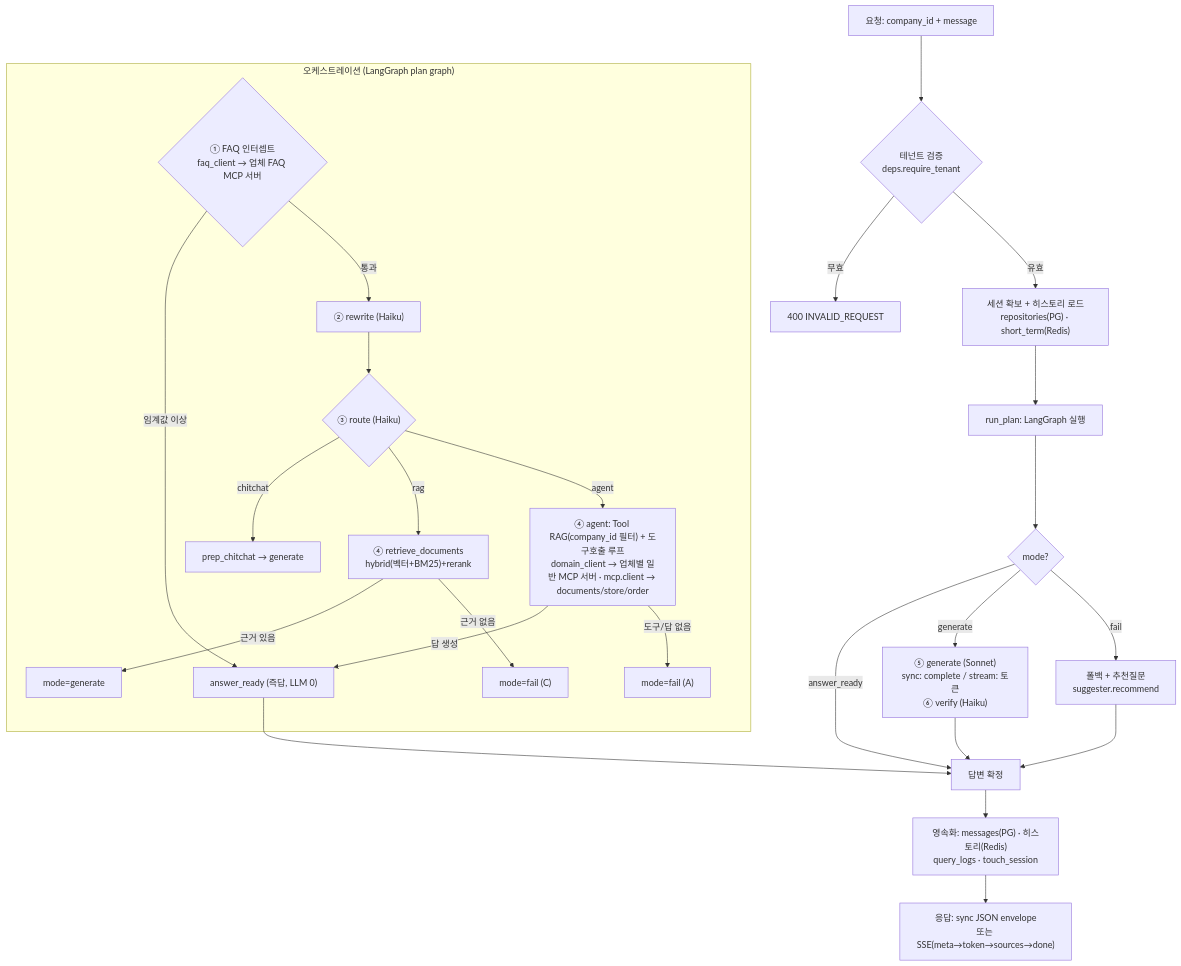
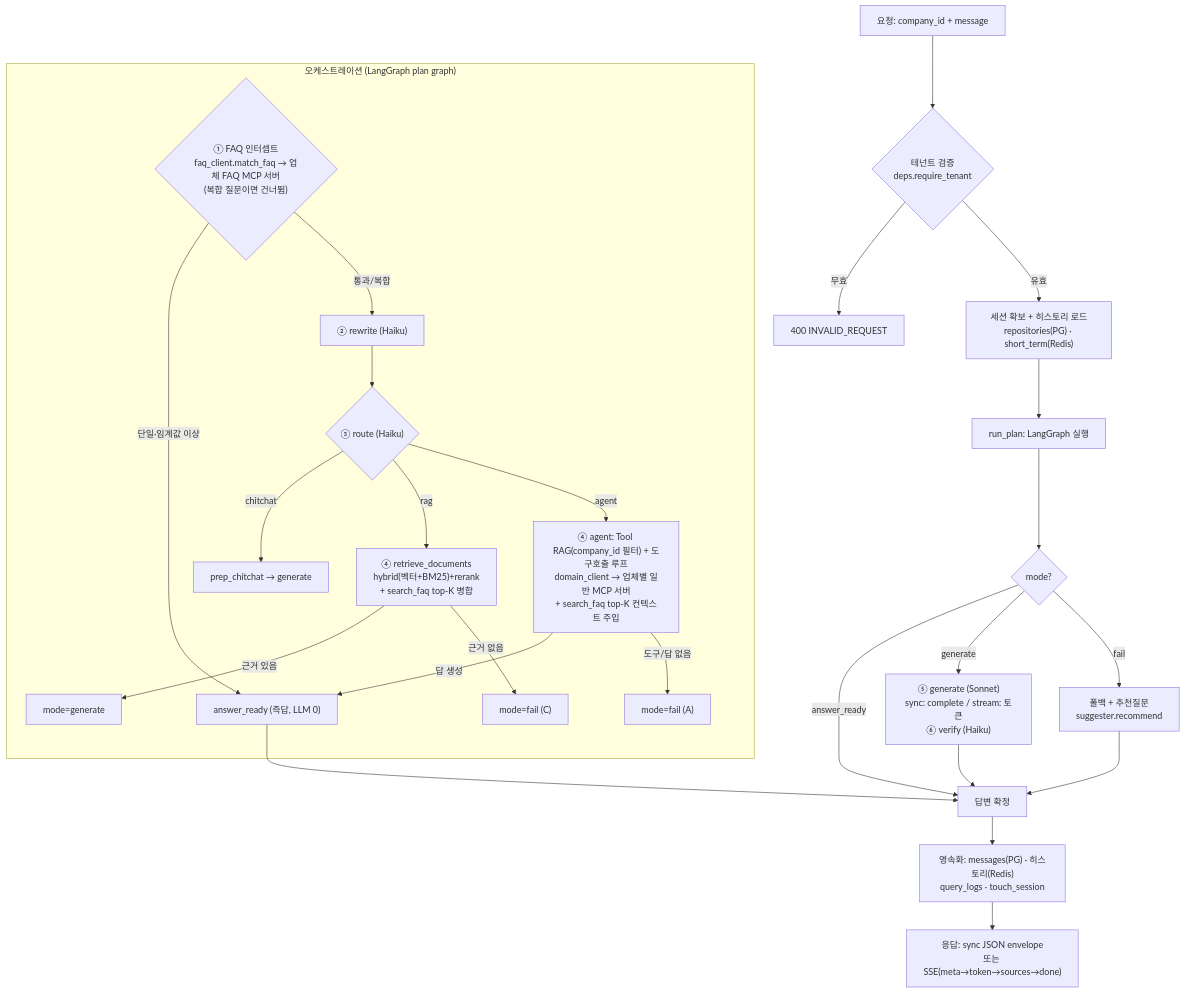
The second of 6 diagrams in docs/12_구현_아키텍처.md (jung011/chat-bot), drawn with Mermaid before and after one commit. The commit also changed other lines of this file and 5 other files, not shown here.

````diff
--- a/docs/12_구현_아키텍처.md
+++ b/docs/12_구현_아키텍처.md
@@ -70,31 +70,31 @@
 ```mermaid
 flowchart TD
   Q["요청: company_id + message"] --> V{"테넌트 검증<br/>deps.require_tenant"}
   V -- 무효 --> E400["400 INVALID_REQUEST"]
   V -- 유효 --> SESS["세션 확보 + 히스토리 로드<br/>repositories(PG) · short_term(Redis)"]
   SESS --> PLAN["run_plan: LangGraph 실행"]
 
   subgraph GRAPH["오케스트레이션 (LangGraph plan graph)"]
-    FAQ{"① FAQ 인터셉트<br/>faq_client → 업체 FAQ MCP 서버"}
-    FAQ -- "임계값 이상" --> READY["answer_ready (즉답, LLM 0)"]
-    FAQ -- "통과" --> RW["② rewrite (Haiku)"]
+    FAQ{"① FAQ 인터셉트<br/>faq_client.match_faq → 업체 FAQ MCP 서버<br/>(복합 질문이면 건너뜀)"}
+    FAQ -- "단일·임계값 이상" --> READY["answer_ready (즉답, LLM 0)"]
+    FAQ -- "통과/복합" --> RW["② rewrite (Haiku)"]
     RW --> RT{"③ route (Haiku)"}
     RT -- chitchat --> CH["prep_chitchat → generate"]
-    RT -- rag --> RAG["④ retrieve_documents<br/>hybrid(벡터+BM25)+rerank"]
-    RT -- agent --> AG["④ agent: Tool RAG(company_id 필터) + 도구호출 루프<br/>domain_client → 업체별 일반 MCP 서버 · mcp.client → documents/store/order"]
+    RT -- rag --> RAG["④ retrieve_documents<br/>hybrid(벡터+BM25)+rerank<br/>+ search_faq top-K 병합"]
+    RT -- agent --> AG["④ agent: Tool RAG(company_id 필터) + 도구호출 루프<br/>domain_client → 업체별 일반 MCP 서버<br/>+ search_faq top-K 컨텍스트 주입"]
     RAG -- "근거 있음" --> GENMODE["mode=generate"]
     RAG -- "근거 없음" --> FAIL["mode=fail (C)"]
     AG -- "답 생성" --> READY
     AG -- "도구/답 없음" --> FAIL2["mode=fail (A)"]
   end
 
   PLAN --> DEC{"mode?"}
   DEC -- answer_ready --> OUT
   DEC -- generate --> GEN["⑤ generate (Sonnet)<br/>sync: complete / stream: 토큰<br/>⑥ verify (Haiku)"]
   DEC -- fail --> FB["폴백 + 추천질문<br/>suggester.recommend"]
   GEN --> OUT["답변 확정"]
   FB --> OUT
   READY --> OUT
   OUT --> PERSIST["영속화: messages(PG) · 히스토리(Redis)<br/>query_logs · touch_session"]
   PERSIST --> RESP["응답: sync JSON envelope<br/>또는 SSE(meta→token→sources→done)"]
 ```
````
